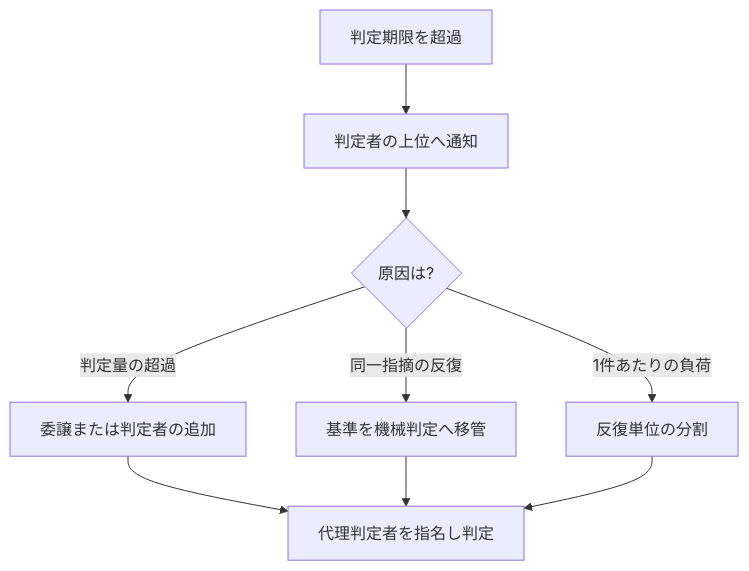
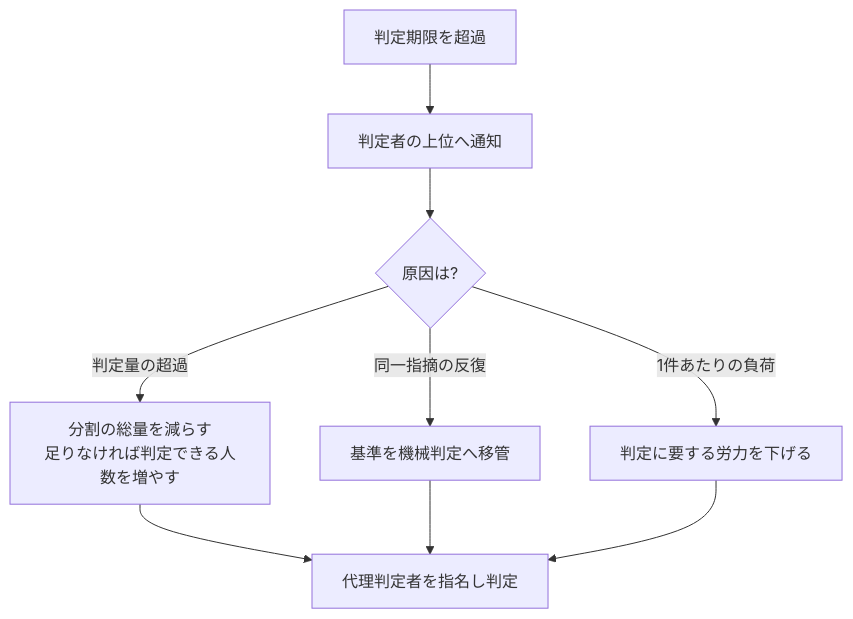
One commit to Takenori-Kusaka/process-compass changed the diagram in src/content/docs/phase4-process-design/exception-escalation.md. Above: the diagram before and after it, drawn with Mermaid. The commit also changed other lines of this file and 44 other files, not shown here.

````diff
--- a/src/content/docs/phase4-process-design/exception-escalation.md
+++ b/src/content/docs/phase4-process-design/exception-escalation.md
@@ -171,11 +171,11 @@
 ```mermaid
 graph TD
   A["判定期限を超過"] --> B["判定者の上位へ通知"]
   B --> C{"原因は?"}
-  C -->|判定量の超過| D["委譲または判定者の追加"]
+  C -->|判定量の超過| D["分割の総量を減らす<br>足りなければ判定できる人数を増やす"]
   C -->|同一指摘の反復| E["基準を機械判定へ移管"]
-  C -->|1件あたりの負荷| F["反復単位の分割"]
+  C -->|1件あたりの負荷| F["判定に要する労力を下げる"]
   D --> G["代理判定者を指名し判定"]
   E --> G
   F --> G
 ```
````
